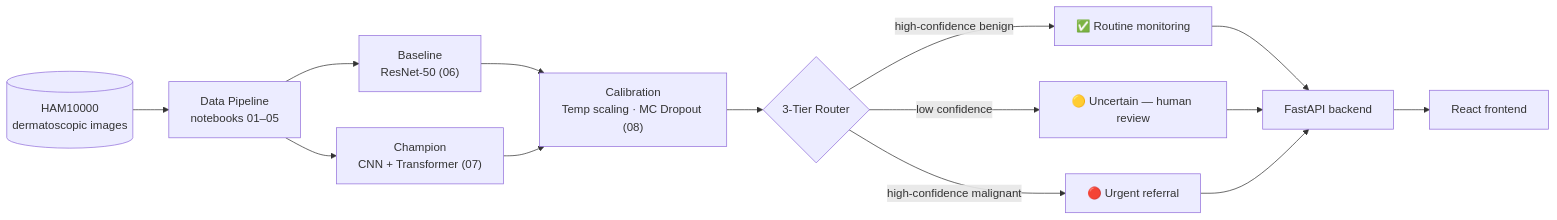
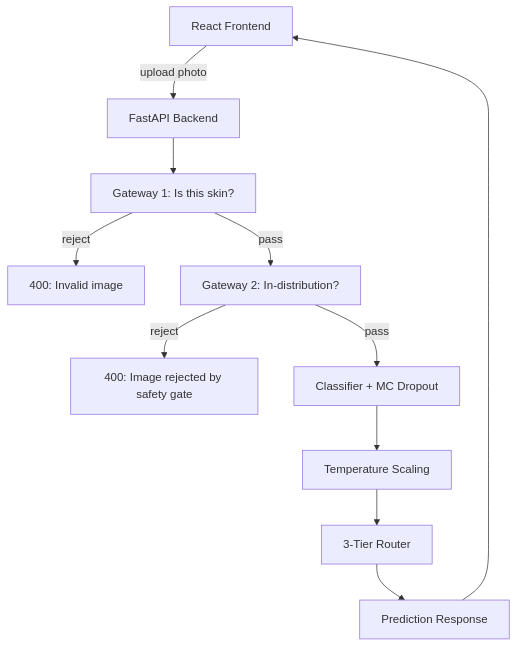
Before and after one commit to kashish-sachdeva-ds/safederm: the first of 2 diagrams in README.md, drawn with Mermaid. The commit also changed other lines of this file, not shown here.

````diff
--- a/README.md
+++ b/README.md
@@ -53,14 +73,13 @@
 ```mermaid
-flowchart LR
-    A[("HAM10000\ndermatoscopic images")] --> B["Data Pipeline\nnotebooks 01–05"]
-    B --> C["Baseline\nResNet-50 (06)"]
-    B --> D["Champion\nCNN + Transformer (07)"]
-    C --> E["Calibration\nTemp scaling · MC Dropout (08)"]
-    D --> E
-    E --> F{"3-Tier Router"}
-    F -->|"high-confidence benign"| G["✅ Routine monitoring"]
-    F -->|"low confidence"| H["🟡 Uncertain — human review"]
-    F -->|"high-confidence malignant"| I["🔴 Urgent referral"]
-    G & H & I --> J["FastAPI backend"]
-    J --> K["React frontend"]
+flowchart TD
+    A[React Frontend] -->|upload photo| B[FastAPI Backend]
+    B --> C[Gateway 1: Is this skin?]
+    C -->|reject| D[400: Invalid image]
+    C -->|pass| E[Gateway 2: In-distribution?]
+    E -->|reject| F[400: Image rejected by safety gate]
+    E -->|pass| G[Classifier + MC Dropout]
+    G --> H[Temperature Scaling]
+    H --> I[3-Tier Router]
+    I --> J[Prediction Response]
+    J --> A
 ```
````
